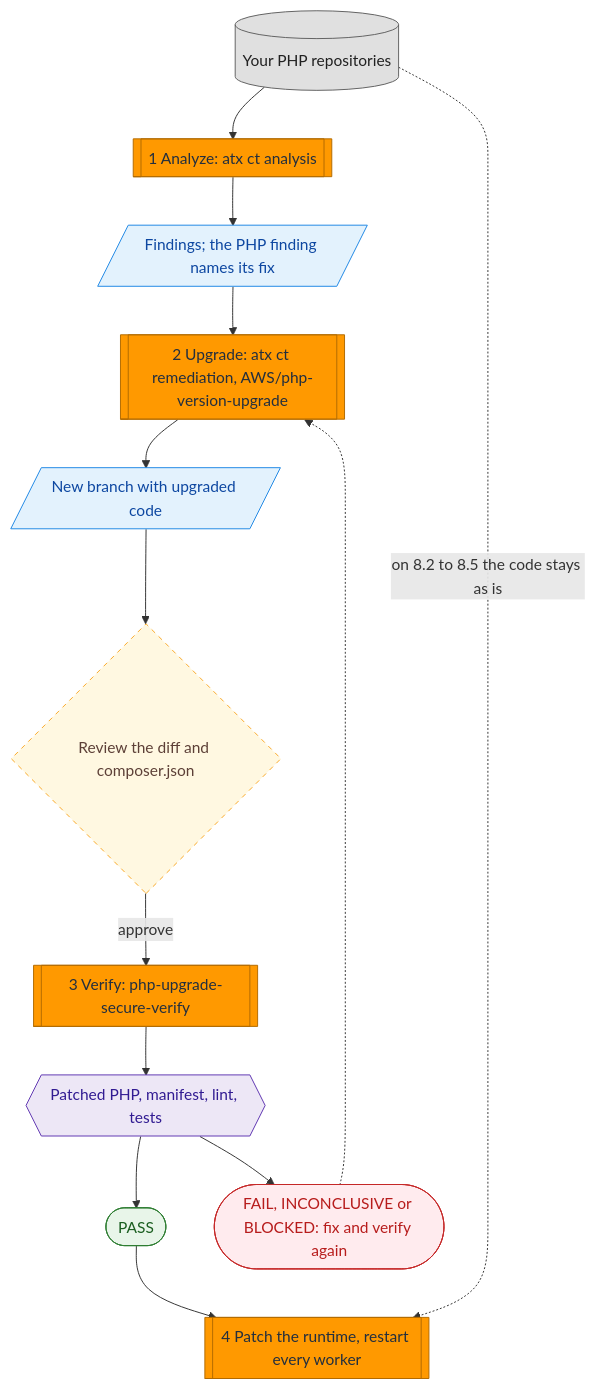
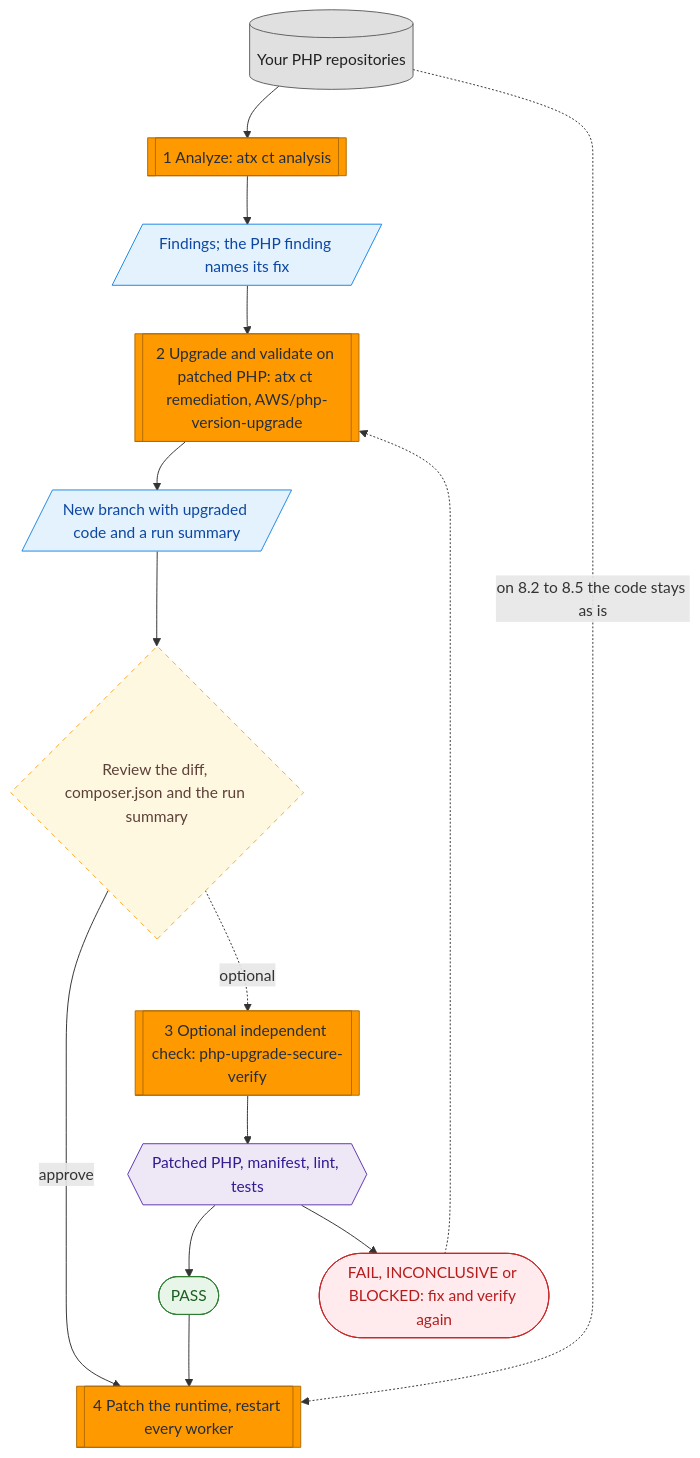
One commit to aws-samples/aws-transform-custom-samples changed the diagram in community-sourced-transformations/php2shell-patch-and-verify/README.md. Above: the diagram before and after it, drawn with Mermaid. The commit also changed other lines of this file and 1 other file, not shown here.

First line of the commit message:
php2shell: make the verify step optional now that AWS/php-version-upgrade 2026-11-02 validates on patched PHP

````diff
--- a/community-sourced-transformations/php2shell-patch-and-verify/README.md
+++ b/community-sourced-transformations/php2shell-patch-and-verify/README.md
@@ -34,36 +34,37 @@
 ```mermaid
 flowchart TB
     R[("Your PHP repositories")]
     S1[["1 Analyze: atx ct analysis"]]
     F1[/"Findings; the PHP finding names its fix"/]
-    S2[["2 Upgrade: atx ct remediation, AWS/php-version-upgrade"]]
-    B[/"New branch with upgraded code"/]
-    H{"Review the diff and composer.json"}
-    S3[["3 Verify: php-upgrade-secure-verify"]]
+    S2[["2 Upgrade and validate on patched PHP: atx ct remediation, AWS/php-version-upgrade"]]
+    B[/"New branch with upgraded code and a run summary"/]
+    H{"Review the diff, composer.json and the run summary"}
+    S3[["3 Optional independent check: php-upgrade-secure-verify"]]
     G{{"Patched PHP, manifest, lint, tests"}}
     OK(["PASS"])
     NO(["FAIL, INCONCLUSIVE or BLOCKED: fix and verify again"])
     S4[["4 Patch the runtime, restart every worker"]]
 
     R --> S1 --> F1 --> S2 --> B --> H
-    H -->|approve| S3 --> G
+    H -->|approve| S4
+    H -.->|optional| S3 --> G
     G --> OK --> S4
     G --> NO
     NO -.-> S2
     R -.->|on 8.2 to 8.5 the code stays as is| S4
 
     classDef src fill:#E0E0E0,stroke:#616161,color:#212121
     classDef step fill:#FF9900,stroke:#B26B00,color:#232F3E
     classDef out fill:#E3F2FD,stroke:#1E88E5,color:#0D47A1
     classDef human fill:#FFF8E1,stroke:#F9A825,stroke-dasharray:5 5,color:#5D4037
     classDef gate fill:#EDE7F6,stroke:#5E35B1,color:#311B92
     classDef pass fill:#E8F5E9,stroke:#2E7D32,color:#1B5E20
     classDef fail fill:#FFEBEE,stroke:#C62828,color:#B71C1C
     class R src
     class S1,S2,S3,S4 step
     class F1,B out
     class H human
     class G gate
     class OK pass
     class NO fail
 ```
````
